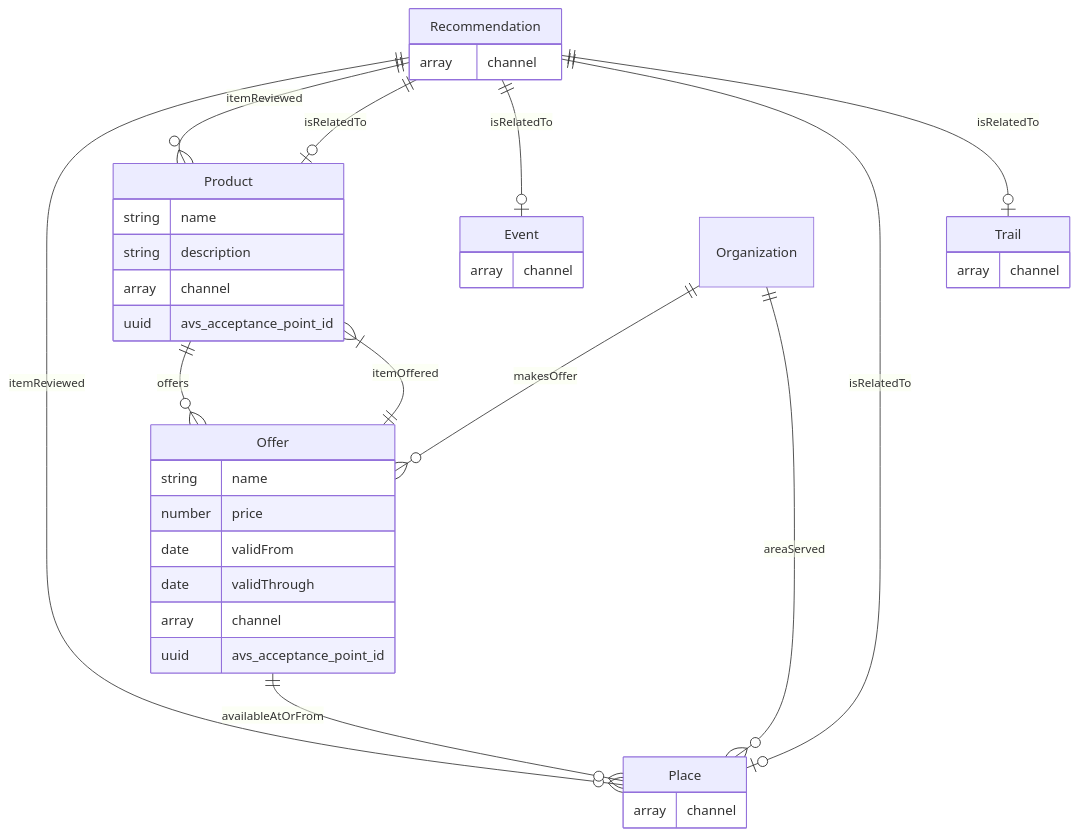
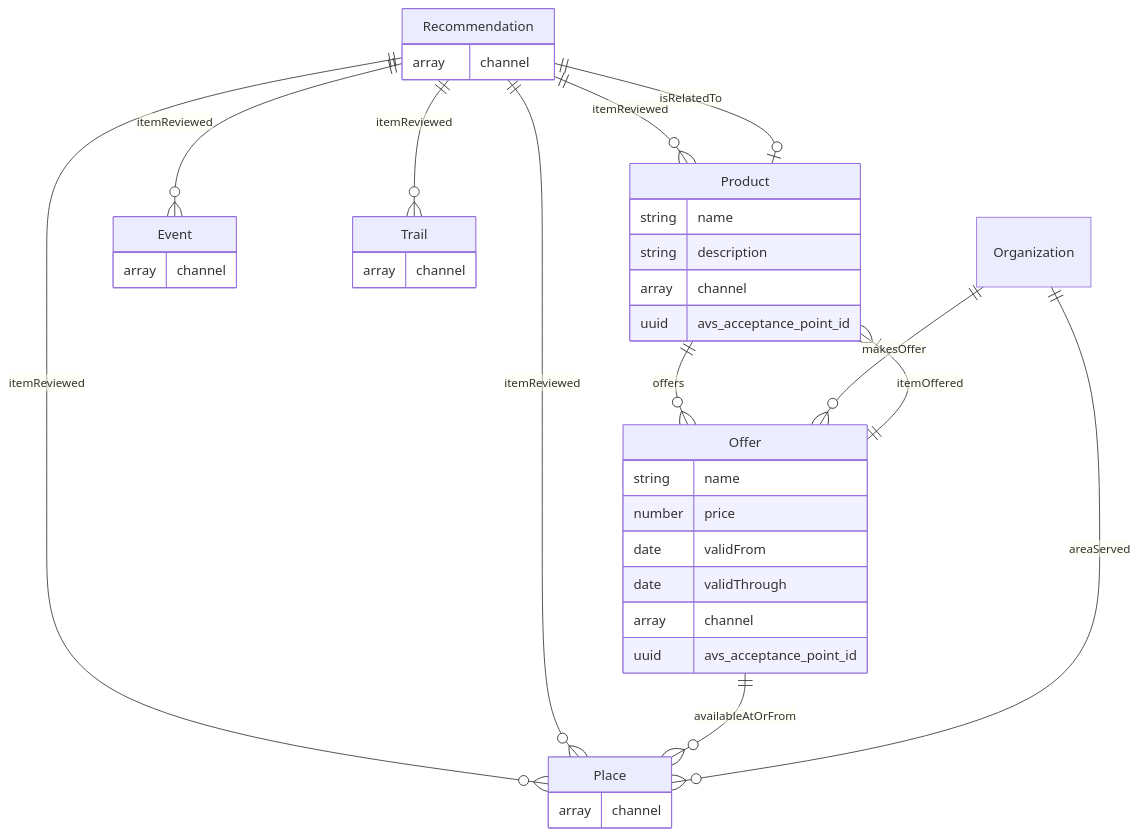
Before and after one commit to tsolenthaler/docs.contentdesk.io: the fifth of 5 diagrams in docs/dev/projects/glarnerlandApp.md, drawn with Mermaid.

Commit message:
Refactor schema to update links to schema.org and add support for location data

````diff
--- a/docs/dev/projects/glarnerlandApp.md
+++ b/docs/dev/projects/glarnerlandApp.md
@@ -88,48 +88,48 @@
 ``` mermaid
 erDiagram
     Recommendation{
         array channel
     }
     Recommendation ||--o{ Place : itemReviewed
     Recommendation ||--o{ Product : itemReviewed
+    Recommendation ||--o{ Event : itemReviewed
+    Recommendation ||--o{ Place : itemReviewed
+    Recommendation ||--o{ Trail : itemReviewed
     Recommendation ||--o| Product : isRelatedTo
-    Recommendation ||--o| Event : isRelatedTo
-    Recommendation ||--o| Place : isRelatedTo
-    Recommendation ||--o| Trail : isRelatedTo
 
     Product{
         string name
         string description
         array channel
         uuid avs_acceptance_point_id
     }
 
     Product ||--o{ Offer : offers
 
     Offer{
         string name
         number price
         date validFrom
         date validThrough
         array channel
         uuid avs_acceptance_point_id
     }
 
     Offer ||--|{ Product : itemOffered
     Offer ||--o{ Place : availableAtOrFrom
 
     Place{
         array channel
     }
 
     Event{
         array channel
     }
 
     Trail{
         array channel
     }
 
     Organization||--o{ Offer : makesOffer
     Organization||--o{ Place : areaServed
 ```
````
